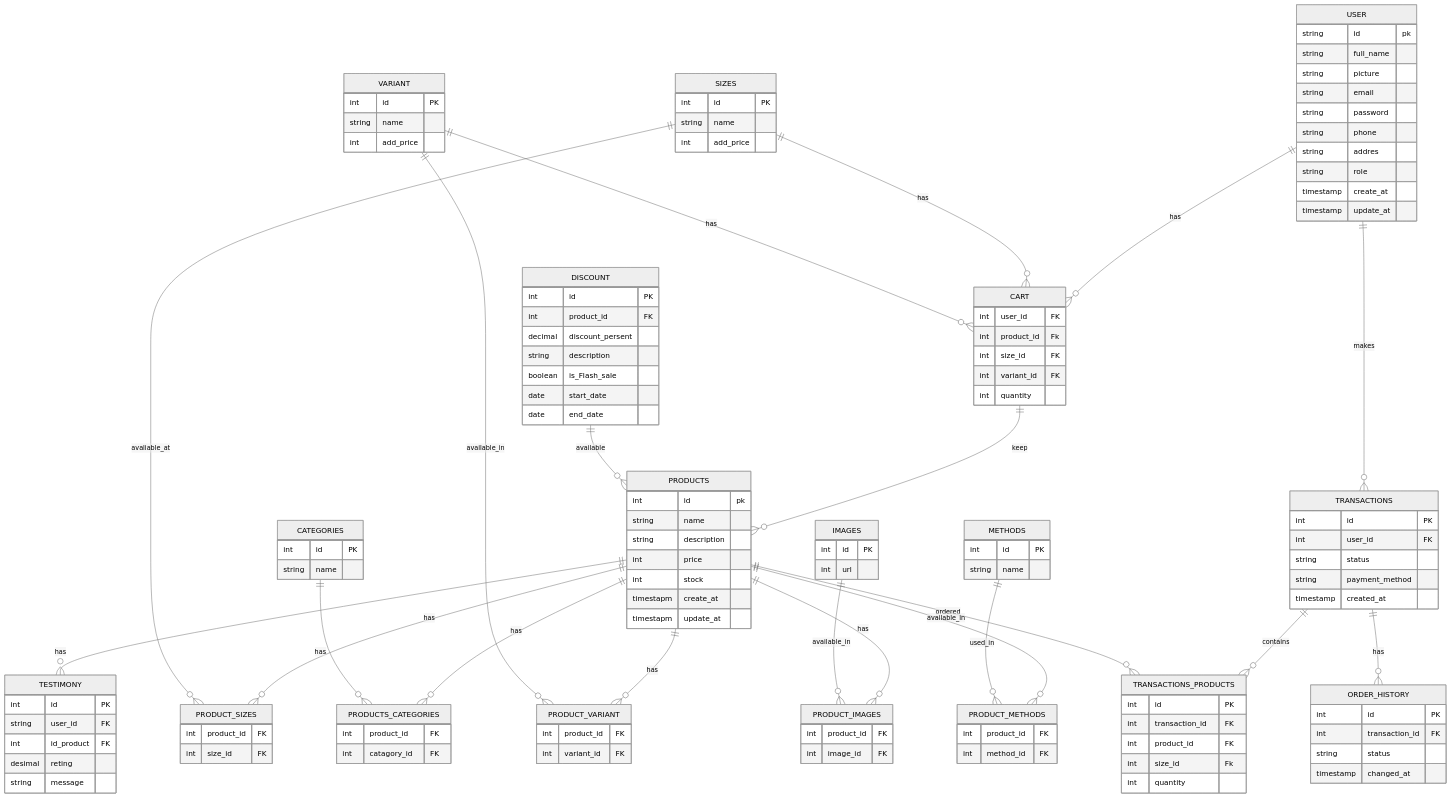
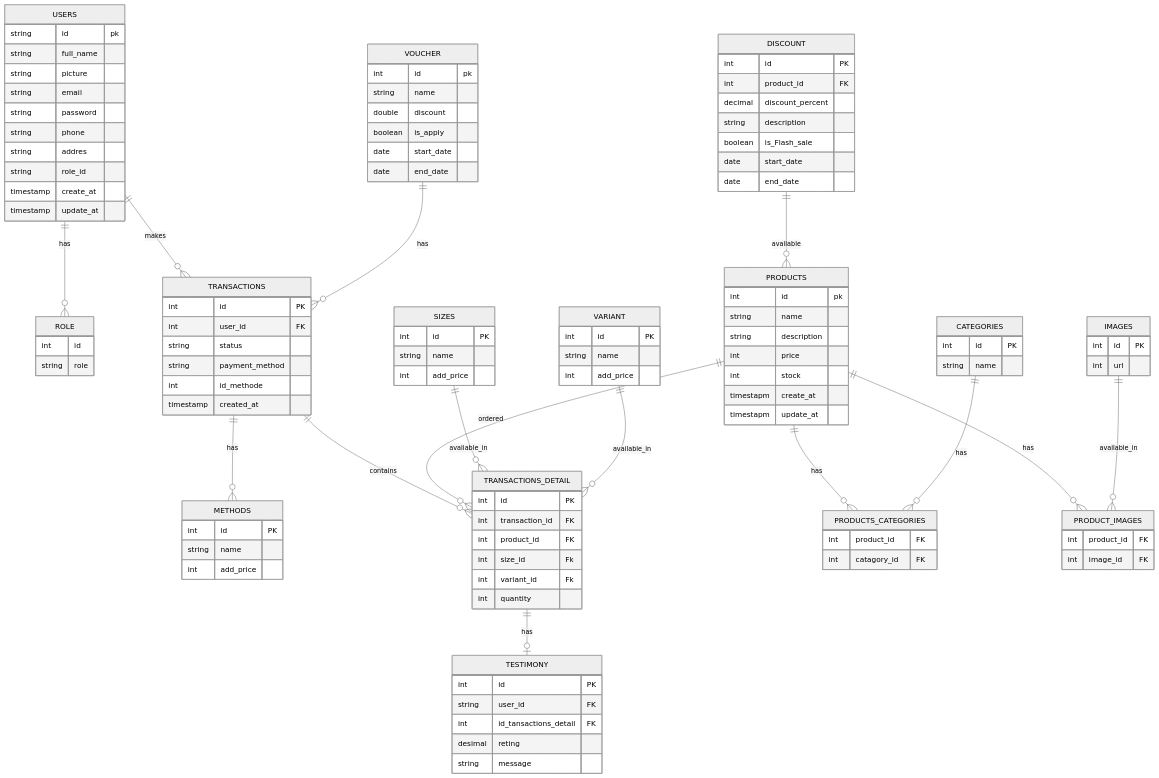
One commit to ghifar1327/koda-b6-db changed the diagram in ERD.md. Above: the diagram before and after it, drawn with Mermaid (neutral theme).

Commit message:
fix: databasa structure

````diff
--- a/ERD.md
+++ b/ERD.md
@@ -3,10 +3,9 @@
 ```mermaid
 erDiagram
 
-
-    USER ||--O{ CART : has
-    USER ||--o{ TRANSACTIONS : makes
-    USER {
+    USERS ||--o{ROLE : has
+    USERS ||--o{ TRANSACTIONS : makes
+    USERS {
         string id pk 
         string full_name
         string picture
@@ -14,53 +13,41 @@
         string password
         string phone
         string addres 
-        string role
+        string role_id
         timestamp create_at
         timestamp update_at
     }
-
-    CART ||--O{ PRODUCTS : keep
-    CART{
-        int user_id FK
-        int product_id Fk
-        int size_id FK
-        int variant_id FK
-        int quantity
-
+    ROLE {
+        int id
+        string role
     }
 
-    TRANSACTIONS ||--o{ TRANSACTIONS_PRODUCTS : contains
-    TRANSACTIONS ||--o{ ORDER_HISTORY : has
+    
+    TRANSACTIONS ||--o{ METHODS : has
+    TRANSACTIONS ||--o{ TRANSACTIONS_DETAIL : contains
     TRANSACTIONS {
         int id PK
         int user_id FK
         string status
         string payment_method
+        int id_methode
         timestamp created_at
     }
 
-    TRANSACTIONS_PRODUCTS {
+    TRANSACTIONS_DETAIL {
         int id PK
         int transaction_id FK
         int product_id FK
         int size_id Fk
+        int variant_id Fk
         int quantity
     }
 
-    ORDER_HISTORY {
-        int id PK
-        int transaction_id FK
-        string status
-        timestamp changed_at
-    }
+
 
     PRODUCTS ||--O{ PRODUCTS_CATEGORIES : has
-    PRODUCTS ||--O{ TESTIMONY : has
-    PRODUCTS ||--o{ PRODUCT_VARIANT : has
-    PRODUCTS ||--o{ PRODUCT_SIZES : has
-    PRODUCTS ||--o{ TRANSACTIONS_PRODUCTS : ordered
+    PRODUCTS ||--o{ TRANSACTIONS_DETAIL : ordered
     PRODUCTS ||--o{ PRODUCT_IMAGES : has
-    PRODUCTS ||--o{ PRODUCT_METHODS : available_in
     PRODUCTS {
         int id pk
         string name
@@ -81,38 +68,25 @@
         int catagory_id FK
     }
 
-    METHODS  ||--o{ PRODUCT_METHODS : used_in
     METHODS {
         int id PK
         string name
-    }
-    PRODUCT_METHODS {
-        int product_id FK
-        int method_id FK
+        int add_price
     }
 
-    SIZES ||--o{ CART : has
-    SIZES ||--o{ PRODUCT_SIZES : avaliable_at
+    SIZES ||--o{ TRANSACTIONS_DETAIL : avaliable_in
     SIZES {
         int id PK
         string name 
         int add_price
     }
-    PRODUCT_SIZES{
-        int product_id FK
-        int size_id FK
-    }
 
-    VARIANT ||--o{ CART : has
-    VARIANT ||--O{ PRODUCT_VARIANT : available_in
+
+    VARIANT ||--O{ TRANSACTIONS_DETAIL : available_in
     VARIANT {
         int id PK
         string name
         int add_price
-    }
-    PRODUCT_VARIANT{
-        int product_id FK
-        int variant_id FK
     }
 
     IMAGES ||--o{ PRODUCT_IMAGES : available_in
@@ -124,10 +98,11 @@
         int product_id FK
         int image_id FK
     }
+    TRANSACTIONS_DETAIL ||--O| TESTIMONY : has
     TESTIMONY{
         int id PK
         string user_id FK
-        int id_product FK
+        int id_tansactions_detail FK
         desimal reting
         string message 
     }
@@ -136,10 +111,21 @@
     DISCOUNT {
         int id PK
         int product_id FK
-        decimal discount_persent
+        decimal discount_percent
         string description
         boolean is_Flash_sale
         date start_date
         date end_date
     }
+
+    VOUCHER ||--O{TRANSACTIONS : has
+    VOUCHER {
+        int id pk
+        string name
+        double discount
+        boolean is_apply
+        date start_date
+        date end_date 
+        
+    }
 ```
````
